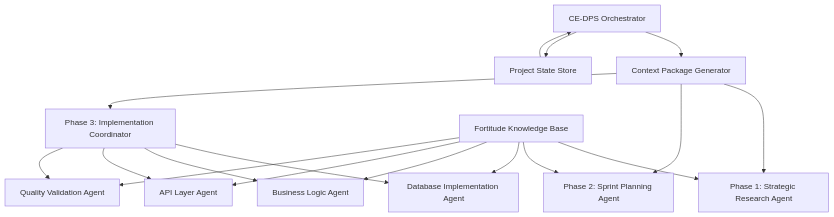
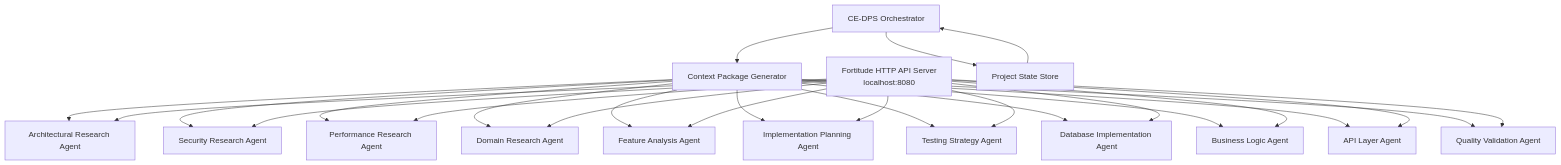
Before and after one commit to Cyonx818/CE-DPS: the diagram in docs/new_sub-agent_strategy.md, drawn with Mermaid. The commit also changed other lines of this file, not shown here.

````diff
--- a/docs/new_sub-agent_strategy.md
+++ b/docs/new_sub-agent_strategy.md
@@ -24,21 +24,33 @@
 ```mermaid
 graph TD
     A[CE-DPS Orchestrator] --> B[Context Package Generator]
-    B --> C[Phase 1: Strategic Research Agent]
-    B --> D[Phase 2: Sprint Planning Agent]  
-    B --> E[Phase 3: Implementation Coordinator]
-    E --> F[Database Implementation Agent]
-    E --> G[Business Logic Agent]
-    E --> H[API Layer Agent]
-    E --> I[Quality Validation Agent]
     
-    J[Fortitude Knowledge Base] --> C
-    J --> D
-    J --> F
-    J --> G
-    J --> H
-    J --> I
+    B --> C1[Architectural Research Agent]
+    B --> C2[Security Research Agent]
+    B --> C3[Performance Research Agent]
+    B --> C4[Domain Research Agent]
     
-    K[Project State Store] --> A
-    A --> K
+    B --> D1[Feature Analysis Agent]
+    B --> D2[Implementation Planning Agent]
+    B --> D3[Testing Strategy Agent]
+    
+    B --> E1[Database Implementation Agent]
+    B --> E2[Business Logic Agent]
+    B --> E3[API Layer Agent]
+    B --> E4[Quality Validation Agent]
+    
+    F[Fortitude HTTP API Server<br/>localhost:8080] --> C1
+    F --> C2
+    F --> C3
+    F --> C4
+    F --> D1
+    F --> D2
+    F --> D3
+    F --> E1
+    F --> E2
+    F --> E3
+    F --> E4
+    
+    G[Project State Store] --> A
+    A --> G
 ```
````
